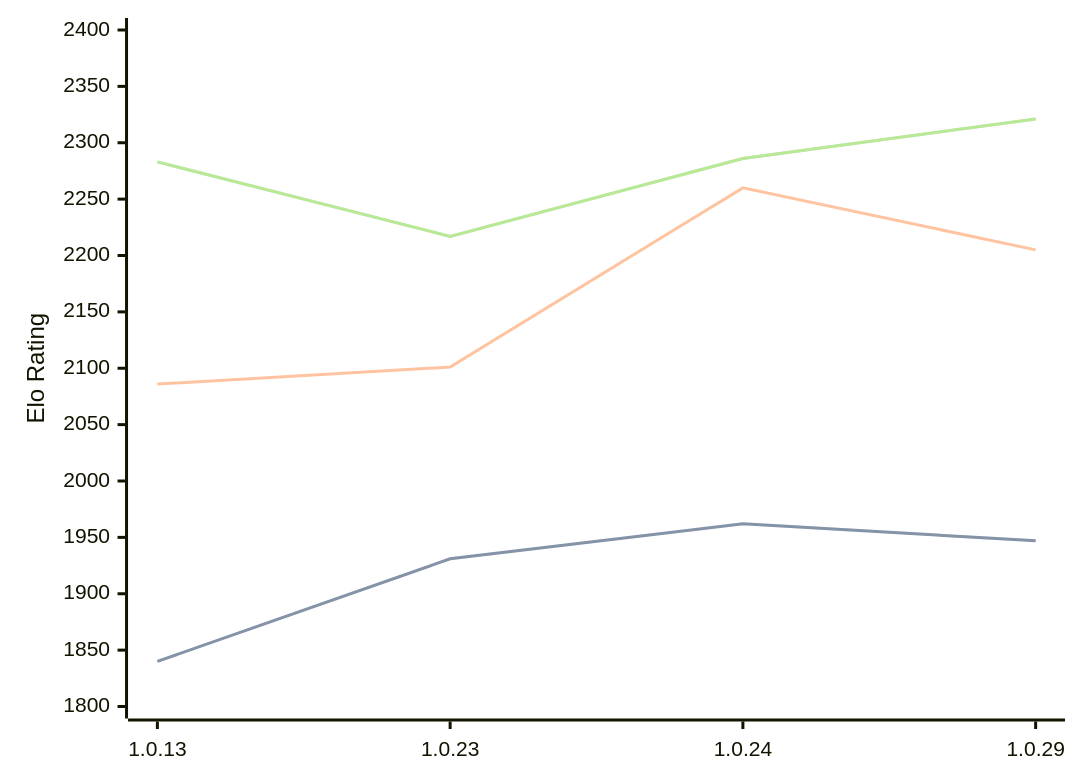
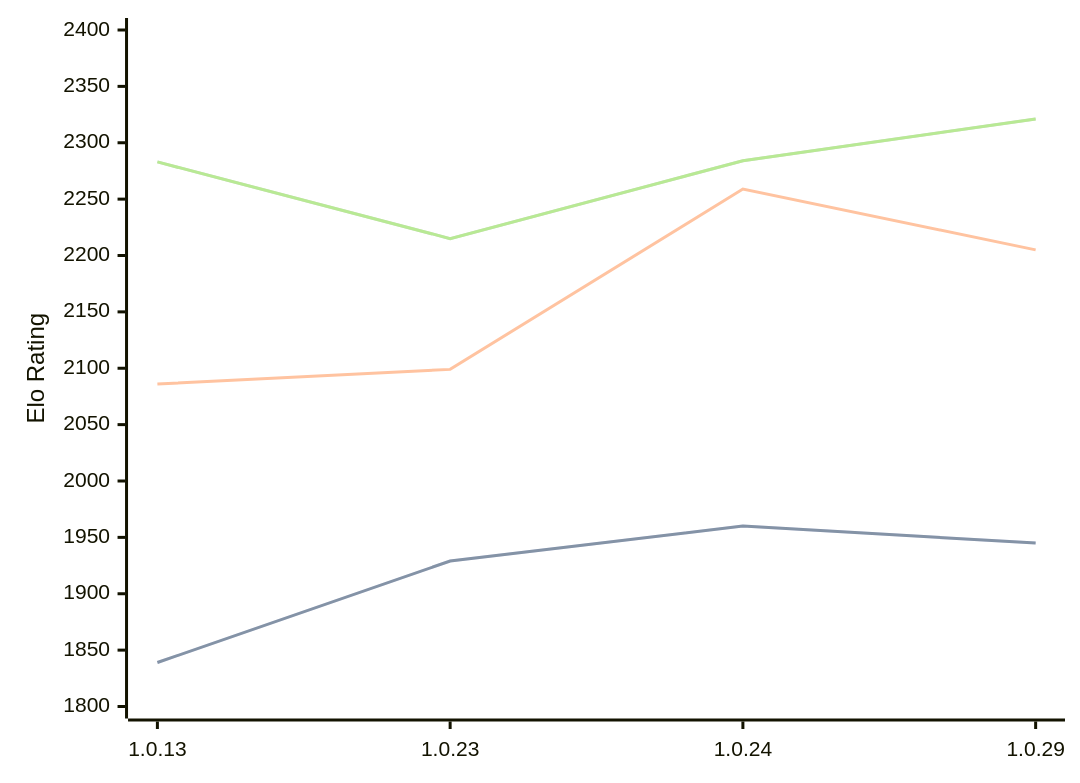
One commit to computer-chess-index/cci changed the diagram in engines/RustyRival.md. Above: the diagram before and after it, drawn with Mermaid. The commit also changed other lines of this file, not shown here.

Commit message:
Update CCI Ratings (ELO VLTC) - 2026-03-04

````diff
--- a/engines/RustyRival.md
+++ b/engines/RustyRival.md
@@ -54,11 +54,11 @@
 ```mermaid
 %%{init: {"theme":"base","themeVariables":{"seriesColors:['#a3a3a3','#222221','#faa371']}}}%%
 xychart-beta
   x-axis ["1.0.13", "1.0.23", "1.0.24", "1.0.29"]
   y-axis "Elo Rating" 1800 --> 2400
-  line "STC (8.0+0.08s)" [1840, 1931, 1962, 1947]
-  line "STC (8.0+0.08s)" [1840, 1931, 1962, 1947]
-  line "LTC (60.0+0.60s)" [2086, 2101, 2260, 2205]
-  line "VLTC (2m24s+1.12s)" [2283, 2217, 2286, 2321]
-  line "VLTC (2m24s+1.12s)" [2283, 2217, 2286, 2321]
+  line "STC (8.0+0.08s)" [1839, 1929, 1960, 1945]
+  line "STC (8.0+0.08s)" [1839, 1929, 1960, 1945]
+  line "LTC (60.0+0.60s)" [2086, 2099, 2259, 2205]
+  line "VLTC (2m24s+1.12s)" [2283, 2215, 2284, 2321]
+  line "VLTC (2m24s+1.12s)" [2283, 2215, 2284, 2321]
 ```
````
